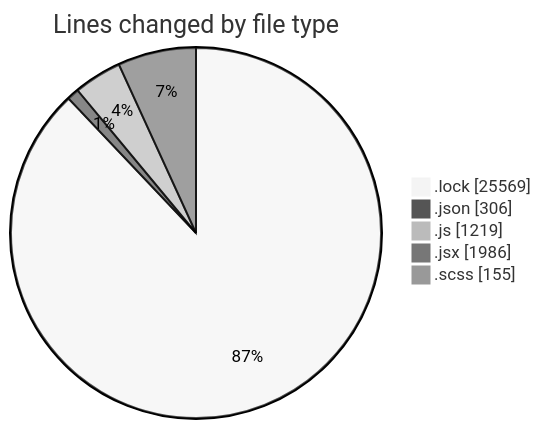
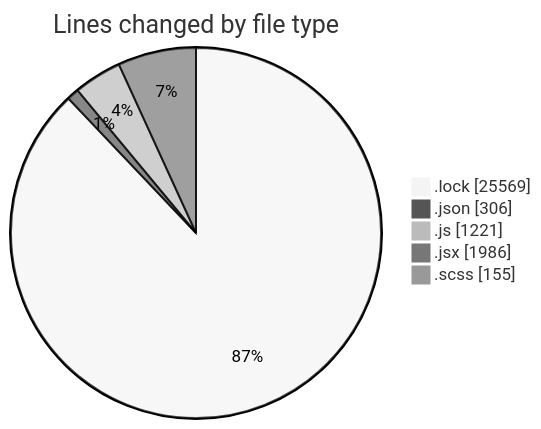
The first of 2 diagrams in 2026-01-07/cda/README.md (momahboobian/code-tracking), drawn with Mermaid (neutral theme) before and after one commit. The commit also changed other lines of this file and 1 other file, not shown here.

````diff
--- a/2026-01-07/cda/README.md
+++ b/2026-01-07/cda/README.md
@@ -46,9 +46,9 @@
 ```mermaid
 pie showData
 title Lines changed by file type
 ".lock" : 25569
 ".json" : 306
-".js" : 1219
+".js" : 1221
 ".jsx" : 1986
 ".scss" : 155
 ```
````
